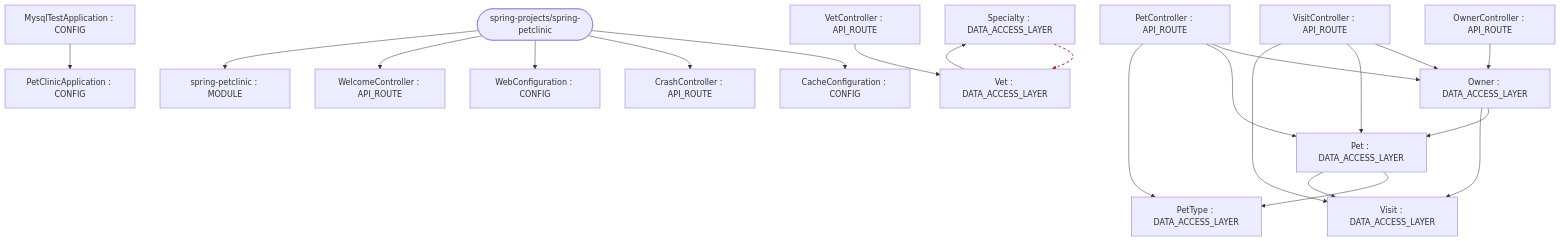
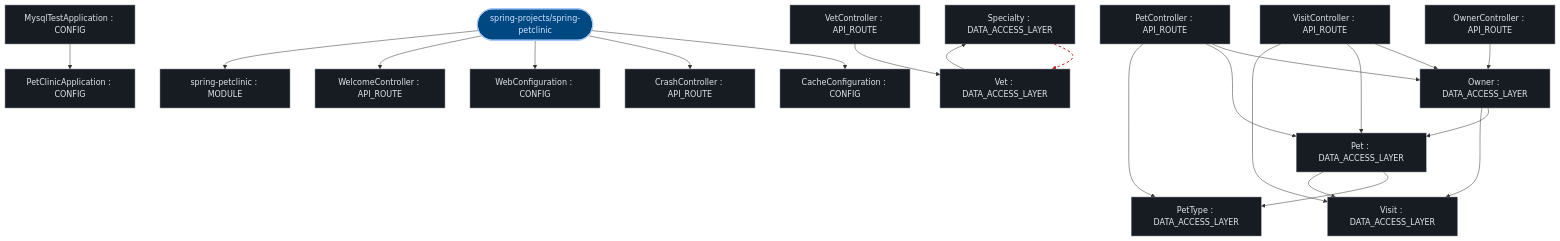
One commit to kumarshaz/atruss-code-atlas changed the first of 3 diagrams in exports/latest/reports/spring-projects-spring-petclinic-report.md. Above: the diagram before and after it, drawn with Mermaid. The commit also changed other lines of this file and 331 other files, not shown here.

Commit message:
docs,ui,fix: update SDLC docs, reorder CI/CD DAG first, stylize Mermaid, and fix Arc42 pipeline topology

````diff
--- a/exports/latest/reports/spring-projects-spring-petclinic-report.md
+++ b/exports/latest/reports/spring-projects-spring-petclinic-report.md
@@ -42,42 +42,49 @@
 ```mermaid
 graph TD;
-    spring_petclinic["spring-petclinic : MODULE"]
-    PetClinicApplication["PetClinicApplication : CONFIG"]
-    Owner["Owner : DATA_ACCESS_LAYER"]
-    OwnerController["OwnerController : API_ROUTE"]
-    Pet["Pet : DATA_ACCESS_LAYER"]
-    PetController["PetController : API_ROUTE"]
-    PetType["PetType : DATA_ACCESS_LAYER"]
-    Visit["Visit : DATA_ACCESS_LAYER"]
-    VisitController["VisitController : API_ROUTE"]
-    CacheConfiguration["CacheConfiguration : CONFIG"]
-    CrashController["CrashController : API_ROUTE"]
-    WebConfiguration["WebConfiguration : CONFIG"]
-    WelcomeController["WelcomeController : API_ROUTE"]
-    Specialty["Specialty : DATA_ACCESS_LAYER"]
-    Vet["Vet : DATA_ACCESS_LAYER"]
-    VetController["VetController : API_ROUTE"]
-    MysqlTestApplication["MysqlTestApplication : CONFIG"]
-    repo_root(["spring-projects/spring-petclinic"])
+  classDef atlasRoot fill:#004882,stroke:#a3c9ff,stroke-width:2px,color:#d3e4ff
+  classDef atlasCategory fill:#212428,stroke:#E87A48,stroke-width:1.5px,color:#dfe3eb
+  classDef atlasWorkflow fill:#1b2026,stroke:#a3c9ff,stroke-width:1.5px,color:#dfe3eb
+  classDef atlasJob fill:#171c22,stroke:#8d9199,stroke-width:1px,color:#dfe3eb
+  classDef atlasTarget fill:#005227,stroke:#8bd99b,stroke-width:1.5px,color:#a7f6b6
+  classDef atlasAlert fill:#93000a,stroke:#ffb4ab,stroke-width:1.5px,color:#ffdad6
+  classDef atlasMore fill:#252a31,stroke:#8d9199,stroke-dasharray:4 4,color:#c3c6cf
+    spring_petclinic["spring-petclinic : MODULE"]:::atlasJob
+    PetClinicApplication["PetClinicApplication : CONFIG"]:::atlasJob
+    Owner["Owner : DATA_ACCESS_LAYER"]:::atlasJob
+    OwnerController["OwnerController : API_ROUTE"]:::atlasJob
+    Pet["Pet : DATA_ACCESS_LAYER"]:::atlasJob
+    PetController["PetController : API_ROUTE"]:::atlasJob
+    PetType["PetType : DATA_ACCESS_LAYER"]:::atlasJob
+    Visit["Visit : DATA_ACCESS_LAYER"]:::atlasJob
+    VisitController["VisitController : API_ROUTE"]:::atlasJob
+    CacheConfiguration["CacheConfiguration : CONFIG"]:::atlasJob
+    CrashController["CrashController : API_ROUTE"]:::atlasJob
+    WebConfiguration["WebConfiguration : CONFIG"]:::atlasJob
+    WelcomeController["WelcomeController : API_ROUTE"]:::atlasJob
+    Specialty["Specialty : DATA_ACCESS_LAYER"]:::atlasJob
+    Vet["Vet : DATA_ACCESS_LAYER"]:::atlasJob
+    VetController["VetController : API_ROUTE"]:::atlasJob
+    MysqlTestApplication["MysqlTestApplication : CONFIG"]:::atlasJob
+    repo_root(["spring-projects/spring-petclinic"]):::atlasRoot
     repo_root --> CacheConfiguration
     repo_root --> CrashController
     repo_root --> WebConfiguration
     repo_root --> WelcomeController
     repo_root --> spring_petclinic
     MysqlTestApplication --> PetClinicApplication
     Owner --> Pet
     Owner --> Visit
     OwnerController --> Owner
     Pet --> PetType
     Pet --> Visit
     PetController --> Owner
     PetController --> Pet
     PetController --> PetType
     Specialty --> Vet
     Vet --> Specialty
     VetController --> Vet
     VisitController --> Owner
     VisitController --> Pet
     VisitController --> Visit
     linkStyle 14 stroke:#ba1a1a,stroke-width:2px,stroke-dasharray: 5 5
 ```
````
